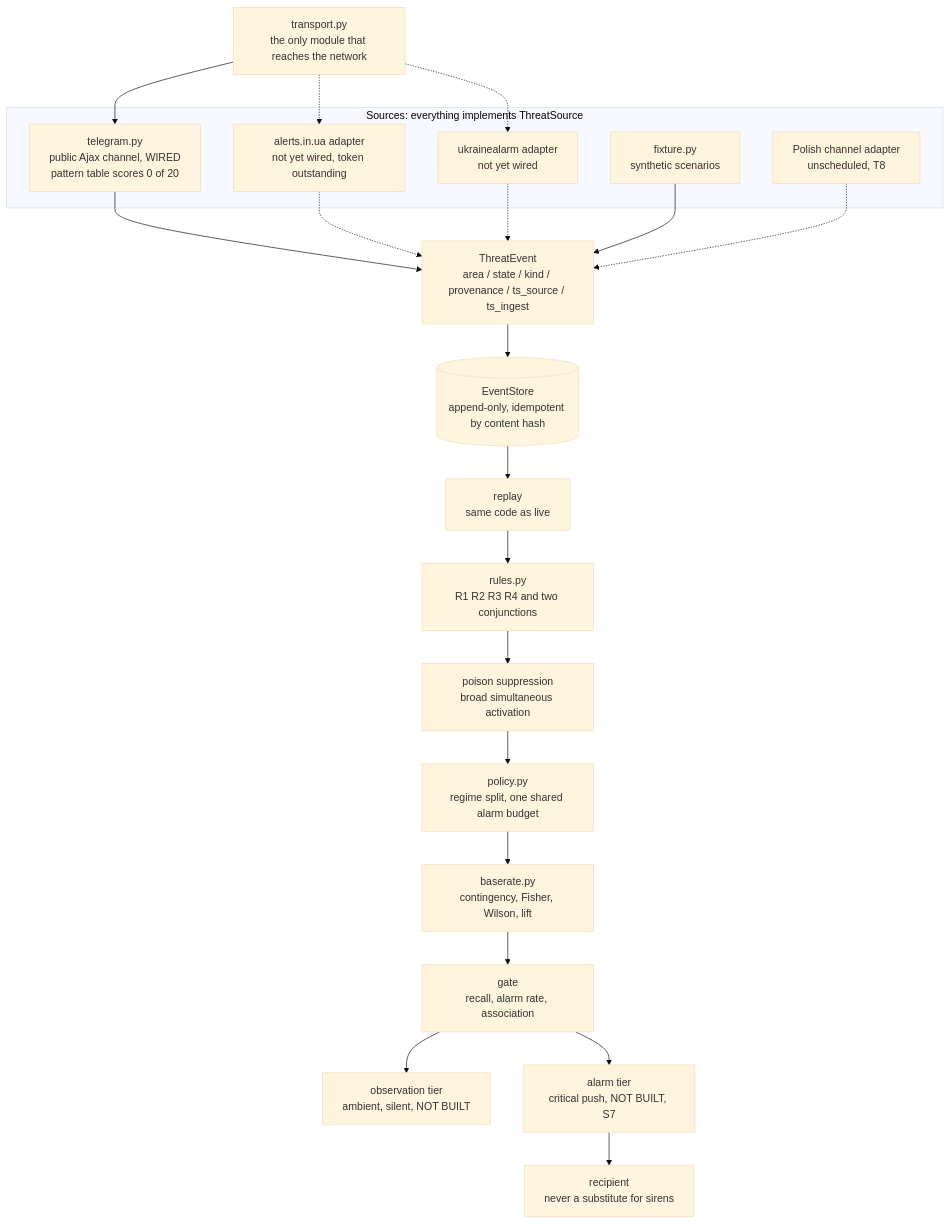
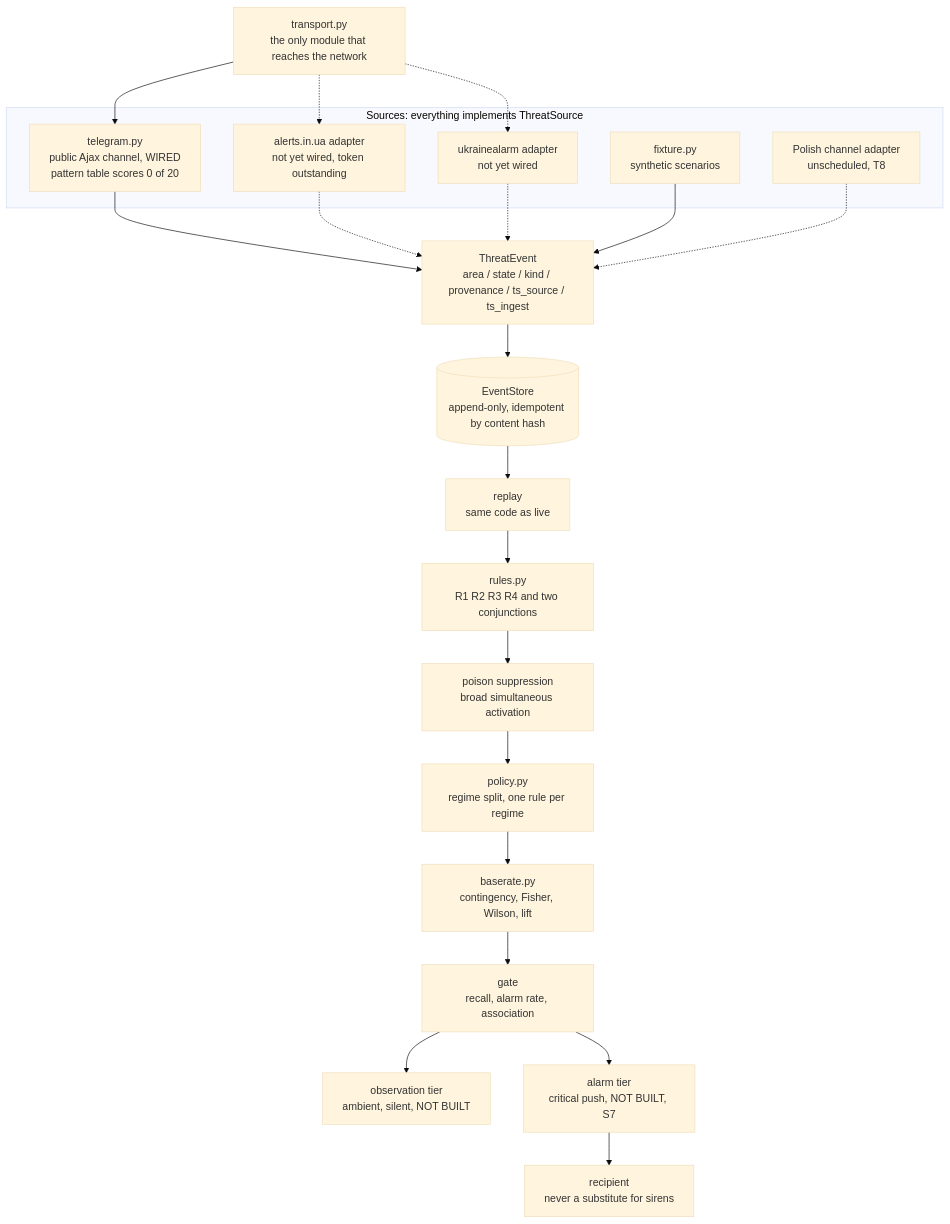
Before and after one commit to jerzy99jerzy/air-alert-early-warning: the diagram in docs/ARCHITECTURE.md, drawn with Mermaid (base theme). The commit also changed other lines of this file and 34 other files, not shown here.

````diff
--- a/docs/ARCHITECTURE.md
+++ b/docs/ARCHITECTURE.md
@@ -32,31 +32,31 @@
 ```mermaid
 flowchart TD
     NET["transport.py<br/>the only module that reaches the network"]
     subgraph IN["Sources: everything implements ThreatSource"]
         TG["telegram.py<br/>public Ajax channel, WIRED<br/>pattern table scores 0 of 20"]
         UA["alerts.in.ua adapter<br/>not yet wired, token outstanding"]
         OFF["ukrainealarm adapter<br/>not yet wired"]
         FIX["fixture.py<br/>synthetic scenarios"]
         PL["Polish channel adapter<br/>unscheduled, T8"]
     end
     NET --> TG
     NET -.-> UA
     NET -.-> OFF
     TG --> EV
     UA -.-> EV
     OFF -.-> EV
     FIX --> EV
     PL -.-> EV
 
     EV["ThreatEvent<br/>area / state / kind / provenance / ts_source / ts_ingest"]
     EV --> STORE[("EventStore<br/>append-only, idempotent by content hash")]
     STORE --> REPLAY["replay<br/>same code as live"]
     REPLAY --> RULES["rules.py<br/>R1 R2 R3 R4 and two conjunctions"]
     RULES --> SUPPRESS["poison suppression<br/>broad simultaneous activation"]
-    SUPPRESS --> POLICY["policy.py<br/>regime split, one shared alarm budget"]
+    SUPPRESS --> POLICY["policy.py<br/>regime split, one rule per regime"]
     POLICY --> BASE["baserate.py<br/>contingency, Fisher, Wilson, lift"]
     BASE --> GATE["gate<br/>recall, alarm rate, association"]
     GATE --> OBS["observation tier<br/>ambient, silent, NOT BUILT"]
     GATE --> ALARM["alarm tier<br/>critical push, NOT BUILT, S7"]
     ALARM --> HUMAN["recipient<br/>never a substitute for sirens"]
 ```
````
